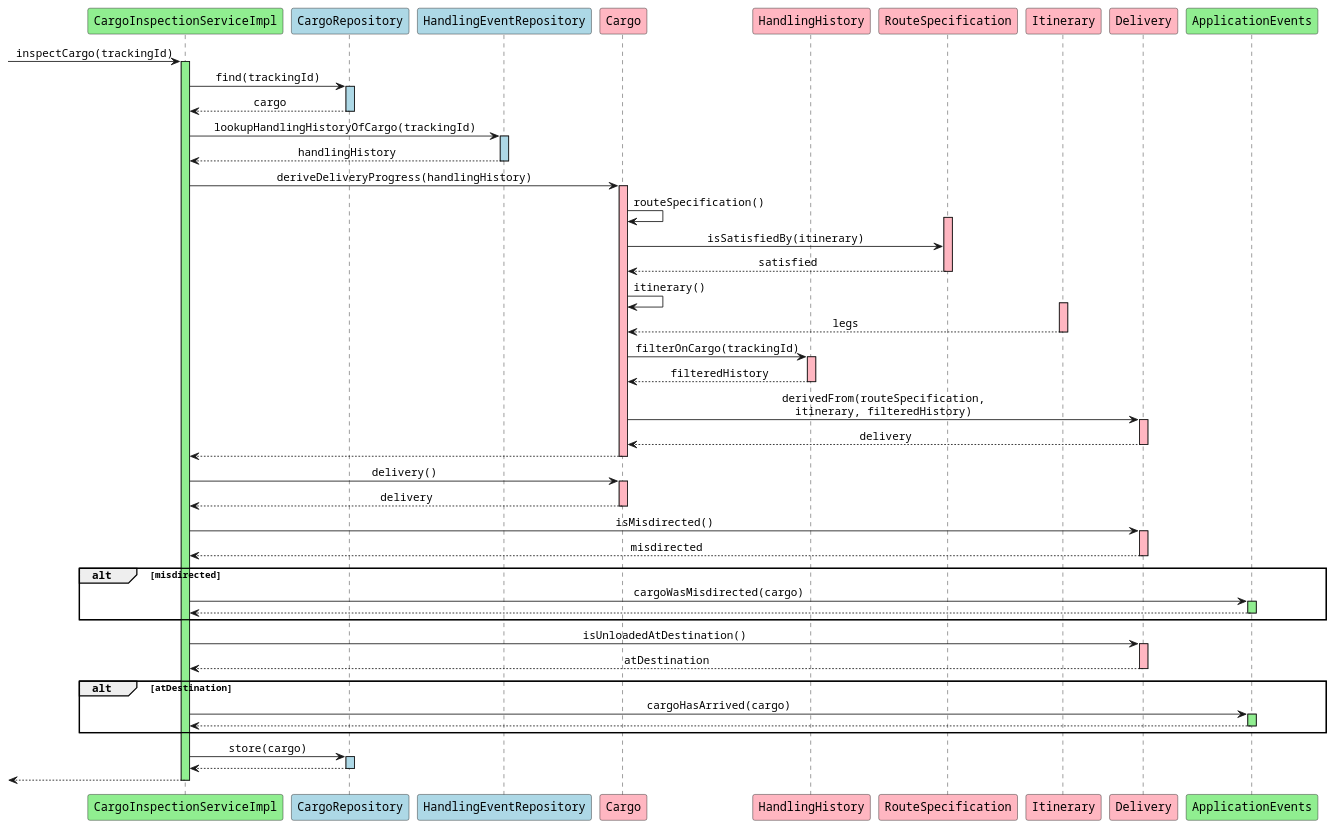
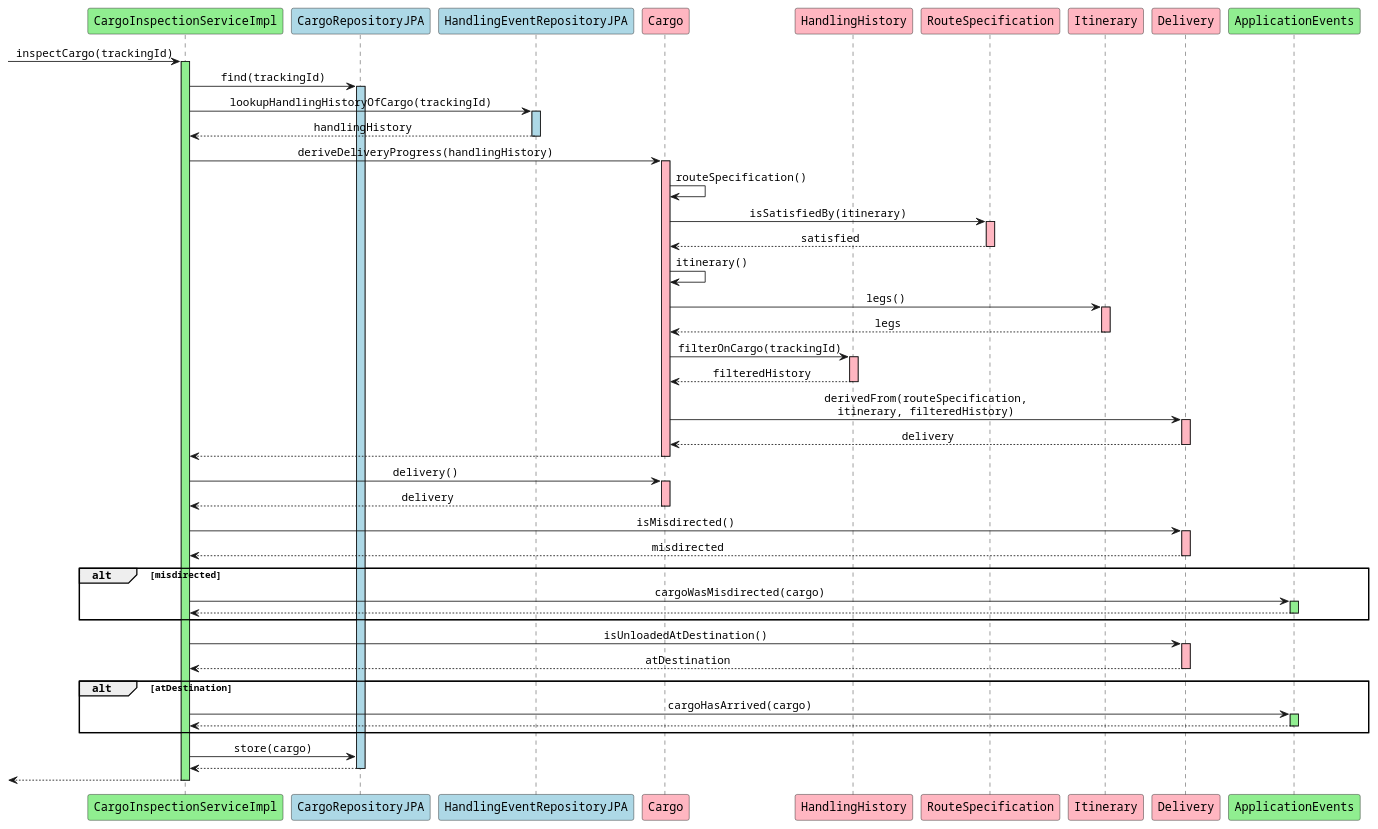
The diagram in diagrams/CargoInspectionServiceImpl_inspectCargo.puml (aowss/dddsample-core), drawn with PlantUML before and after one commit. The commit also changed 480 other files, not shown here.

```diff
--- a/diagrams/CargoInspectionServiceImpl_inspectCargo.puml
+++ b/diagrams/CargoInspectionServiceImpl_inspectCargo.puml
@@ -1,93 +1,91 @@
 @startuml
 skinparam monochrome false
 skinparam defaultFontName Courier
 skinparam sequenceMessageAlign center
 
 participant "CargoInspectionServiceImpl" as cis #lightgreen
-participant "CargoRepository" as cr #lightblue
-participant "HandlingEventRepository" as her #lightblue
+participant "CargoRepositoryJPA" as cr #lightblue
+participant "HandlingEventRepositoryJPA" as her #lightblue
 participant "Cargo" as c #lightpink
 participant "HandlingHistory" as hh #lightpink
 participant "RouteSpecification" as rs #lightpink
 participant "Itinerary" as i #lightpink
 participant "Delivery" as d #lightpink
 participant "ApplicationEvents" as ae #lightgreen
 
 [-> cis: inspectCargo(trackingId)
 activate cis #lightgreen
 
 cis -> cr: find(trackingId)
 activate cr #lightblue
-cr --> cis: cargo
-deactivate cr
 
 cis -> her: lookupHandlingHistoryOfCargo(trackingId)
 activate her #lightblue
 her --> cis: handlingHistory
 deactivate her
 
 cis -> c: deriveDeliveryProgress(handlingHistory)
 activate c #lightpink
 
 c -> c: routeSpecification()
+c -> rs: isSatisfiedBy(itinerary)
 activate rs #lightpink
-c -> rs: isSatisfiedBy(itinerary)
 rs --> c: satisfied
 deactivate rs
 
 c -> c: itinerary()
+c -> i: legs()
 activate i #lightpink
 i --> c: legs
 deactivate i
 
 c -> hh: filterOnCargo(trackingId)
 activate hh #lightpink
 hh --> c: filteredHistory
 deactivate hh
 
 c -> d: derivedFrom(routeSpecification,\nitinerary, filteredHistory)
 activate d #lightpink
 d --> c: delivery
 deactivate d
 
 c --> cis
 deactivate c
 
 cis -> c: delivery()
 activate c #lightpink
 c --> cis: delivery
 deactivate c
 
 cis -> d: isMisdirected()
 activate d #lightpink
 d --> cis: misdirected
 deactivate d
 
 alt misdirected
     cis -> ae: cargoWasMisdirected(cargo)
     activate ae #lightgreen
     ae --> cis
     deactivate ae
 end
 
 cis -> d: isUnloadedAtDestination()
 activate d #lightpink
 d --> cis: atDestination
 deactivate d
 
 alt atDestination
     cis -> ae: cargoHasArrived(cargo)
     activate ae #lightgreen
     ae --> cis
     deactivate ae
 end
 
 cis -> cr: store(cargo)
-activate cr #lightblue
 cr --> cis
 deactivate cr
 
 [<-- cis
 deactivate cis
 
 @enduml 
```
